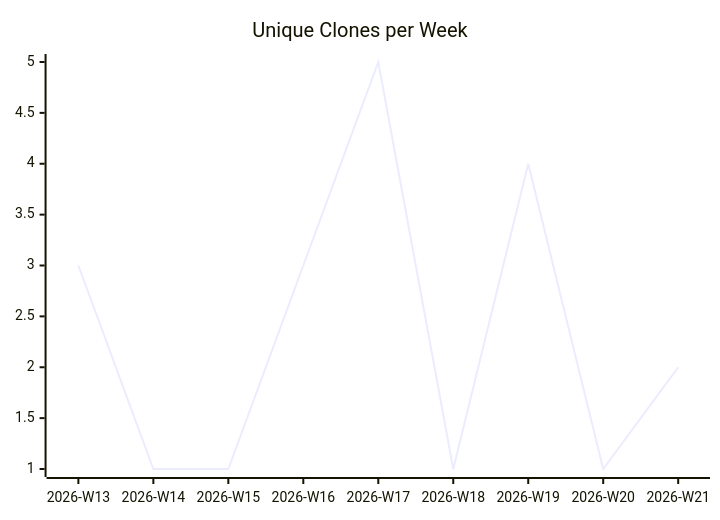
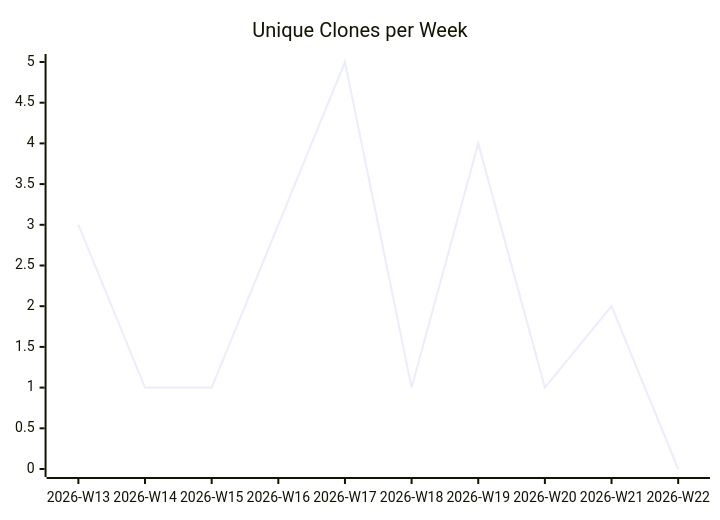
The third of 3 diagrams in karlmdavis/stockfighter-trades-solutions/README.md (justdavis-family/github-analytics-data), drawn with Mermaid before and after one commit. The commit also changed other lines of this file and 190 other files, not shown here.

````diff
--- a/karlmdavis/stockfighter-trades-solutions/README.md
+++ b/karlmdavis/stockfighter-trades-solutions/README.md
@@ -19,6 +19,6 @@
 ```mermaid
 xychart-beta
   title "Unique Clones per Week"
-  x-axis ["2026-W13", "2026-W14", "2026-W15", "2026-W16", "2026-W17", "2026-W18", "2026-W19", "2026-W20", "2026-W21"]
-  line [3, 1, 1, 3, 5, 1, 4, 1, 2]
+  x-axis ["2026-W13", "2026-W14", "2026-W15", "2026-W16", "2026-W17", "2026-W18", "2026-W19", "2026-W20", "2026-W21", "2026-W22"]
+  line [3, 1, 1, 3, 5, 1, 4, 1, 2, 0]
 ```
````
